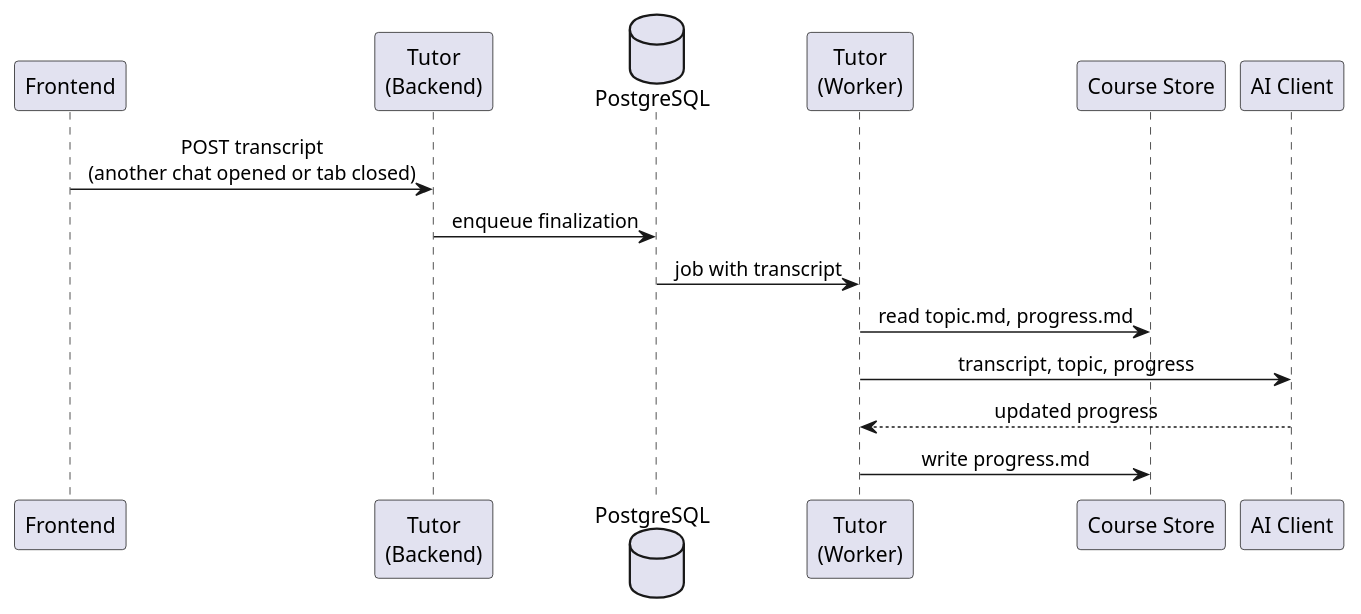
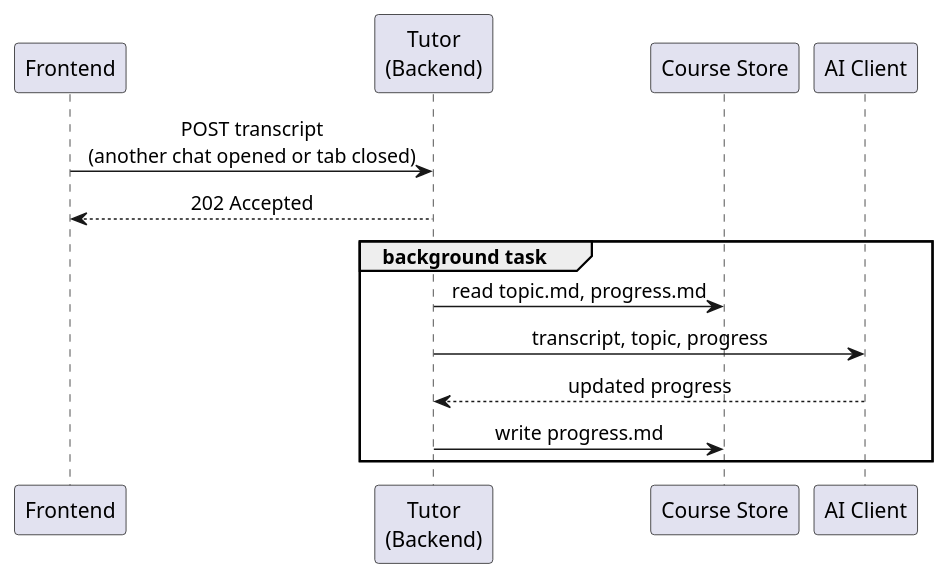
One commit to leon-hrk/iknownothing changed the diagram in docs/arc42/diagrams/runtime-finalization.puml. Above: the diagram before and after it, drawn with PlantUML. The commit also changed 42 other files, not shown here.

```diff
--- a/docs/arc42/diagrams/runtime-finalization.puml
+++ b/docs/arc42/diagrams/runtime-finalization.puml
@@ -1,20 +1,19 @@
 @startuml
 skinparam shadowing false
 skinparam defaultTextAlignment center
 
 participant "Frontend" as frontend
 participant "Tutor\n(Backend)" as tutor
-database "PostgreSQL" as db
-participant "Tutor\n(Worker)" as worker
 participant "Course Store" as store
 participant "AI Client" as ai
 
 frontend -> tutor : POST transcript\n(another chat opened or tab closed)
-tutor -> db : enqueue finalization
+tutor --> frontend : 202 Accepted
 
-db -> worker : job with transcript
-worker -> store : read topic.md, progress.md
-worker -> ai : transcript, topic, progress
-ai --> worker : updated progress
-worker -> store : write progress.md
+group background task
+  tutor -> store : read topic.md, progress.md
+  tutor -> ai : transcript, topic, progress
+  ai --> tutor : updated progress
+  tutor -> store : write progress.md
+end
 @enduml
```
